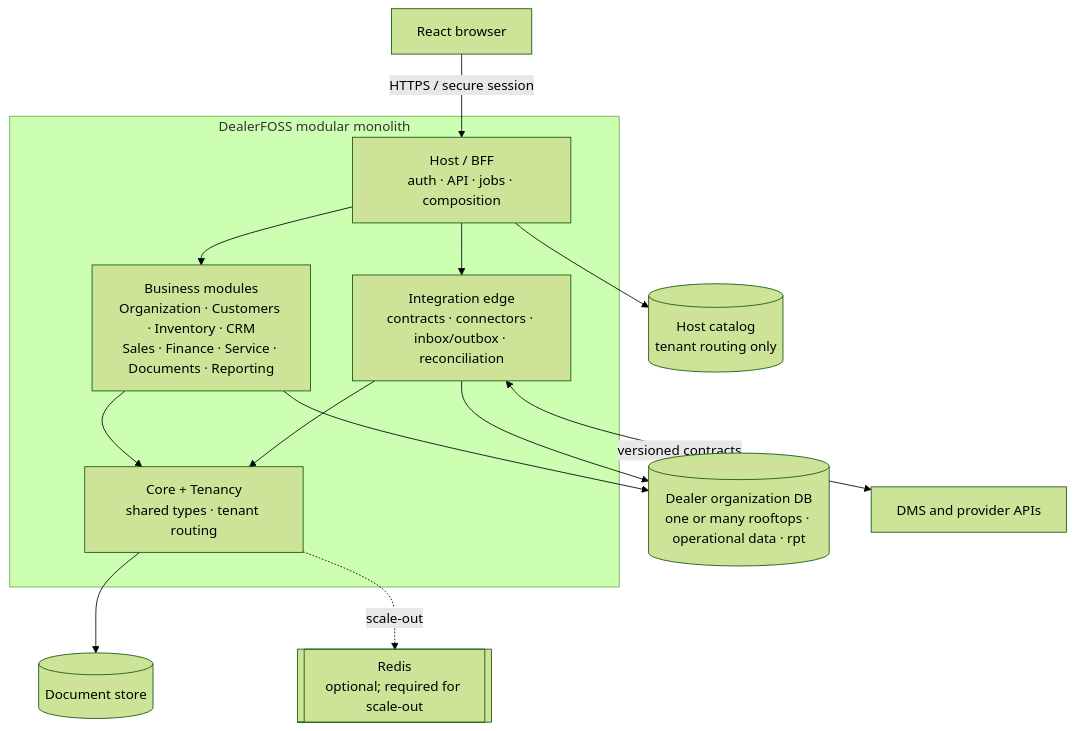
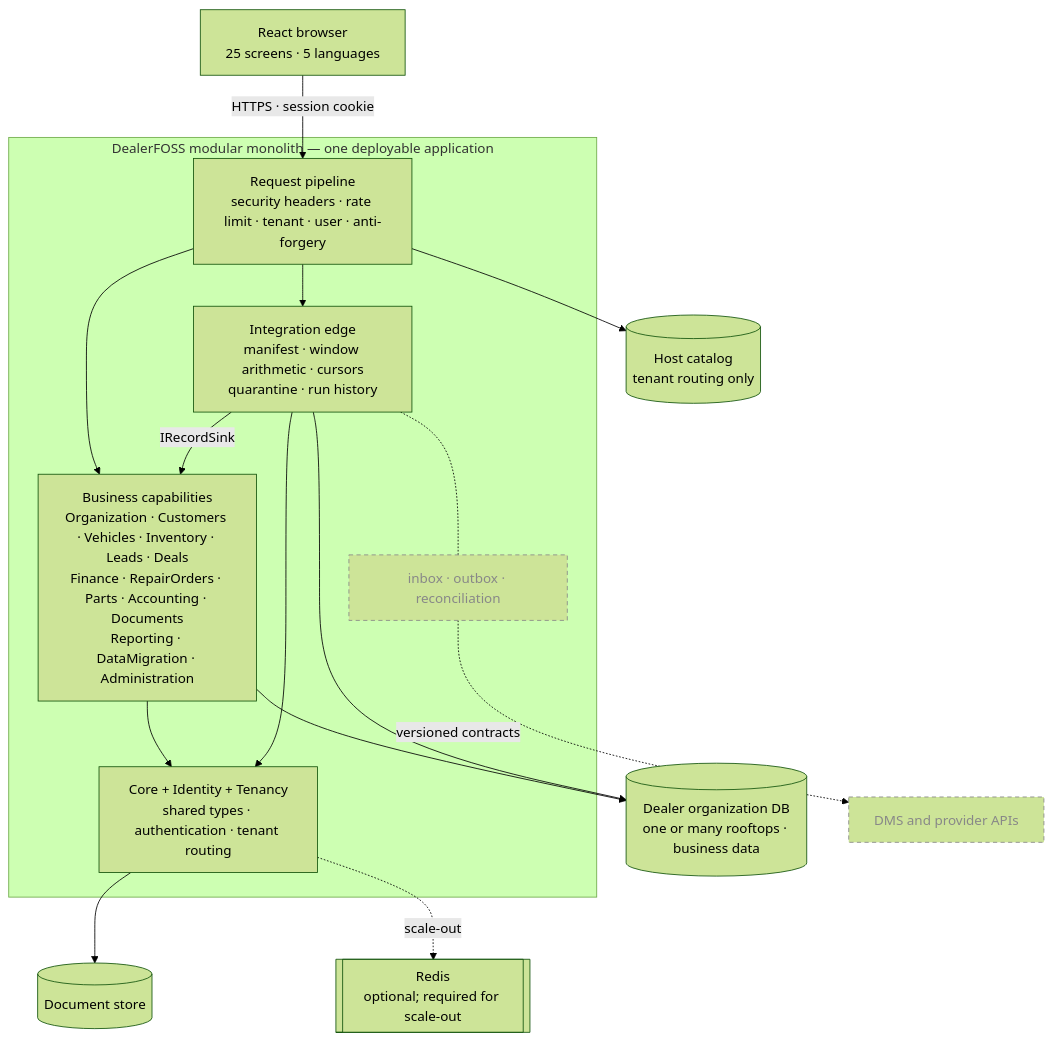
Before and after one commit to PoulaAdel/DealerFOSS: the diagram in docs/diagrams/01-system-architecture.md, drawn with Mermaid (forest theme). The commit also changed other lines of this file and 4 other files, not shown here.

Commit message:
Enhance diagrams

````diff
--- a/docs/diagrams/01-system-architecture.md
+++ b/docs/diagrams/01-system-architecture.md
@@ -5,27 +7,33 @@
 ```mermaid
 flowchart TB
-    Browser["React browser"]
-    subgraph App["DealerFOSS modular monolith"]
-        Host["Host / BFF<br/>auth · API · jobs · composition"]
-        Modules["Business modules<br/>Organization · Customers · Inventory · CRM<br/>Sales · Finance · Service · Documents · Reporting"]
-        Edge["Integration edge<br/>contracts · connectors · inbox/outbox · reconciliation"]
-        Core["Core + Tenancy<br/>shared types · tenant routing"]
+    Browser["React browser<br/>25 screens · 5 languages"]
+    subgraph App["DealerFOSS modular monolith — one deployable application"]
+        Host["Request pipeline<br/>security headers · rate limit · tenant · user · anti-forgery"]
+        Modules["Business capabilities<br/>Organization · Customers · Vehicles · Inventory · Leads · Deals<br/>Finance · RepairOrders · Parts · Accounting · Documents<br/>Reporting · DataMigration · Administration"]
+        Edge["Integration edge<br/>manifest · window arithmetic · cursors<br/>quarantine · run history"]
+        Inbox["inbox · outbox · reconciliation"]
+        Core["Core + Identity + Tenancy<br/>shared types · authentication · tenant routing"]
     end
     HostDB[("Host catalog<br/>tenant routing only")]
-    TenantDB[("Dealer organization DB<br/>one or many rooftops · operational data · rpt")]
+    TenantDB[("Dealer organization DB<br/>one or many rooftops · business data")]
     Docs[("Document store")]
     Redis[["Redis<br/>optional; required for scale-out"]]
     External["DMS and provider APIs"]
 
-    Browser -->|HTTPS / secure session| Host
+    Browser -->|HTTPS · session cookie| Host
     Host --> Modules
     Host --> Edge
     Modules --> Core
     Edge --> Core
+    Edge -->|IRecordSink| Modules
     Host --> HostDB
     Modules --> TenantDB
     Edge --> TenantDB
     Core --> Docs
     Core -. scale-out .-> Redis
-    Edge <-->|versioned contracts| External
+    Edge -.- Inbox
+    Inbox -. versioned contracts .-> External
+
+    classDef planned stroke-dasharray:5 4,color:#888,stroke:#888
+    class Inbox,External planned
 ```
````
